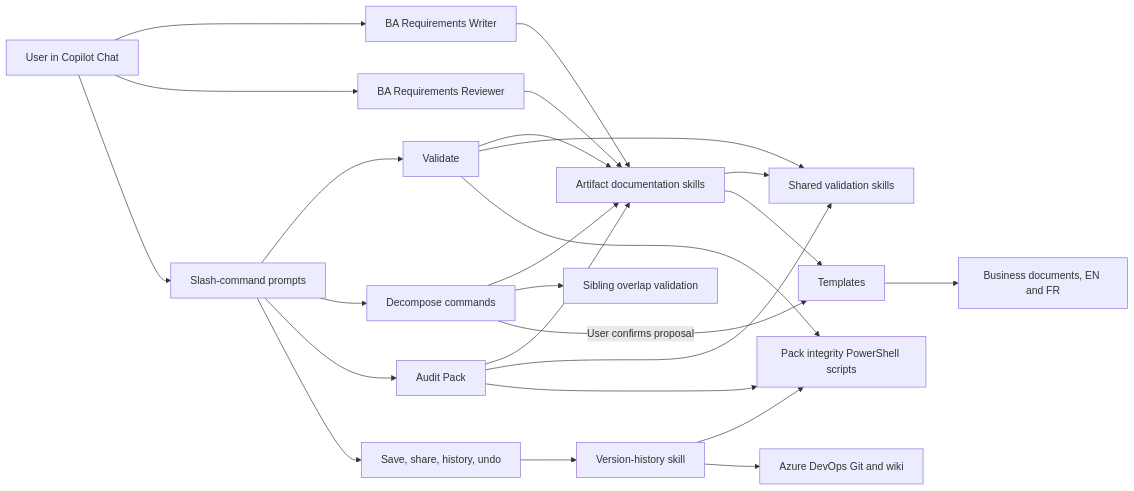
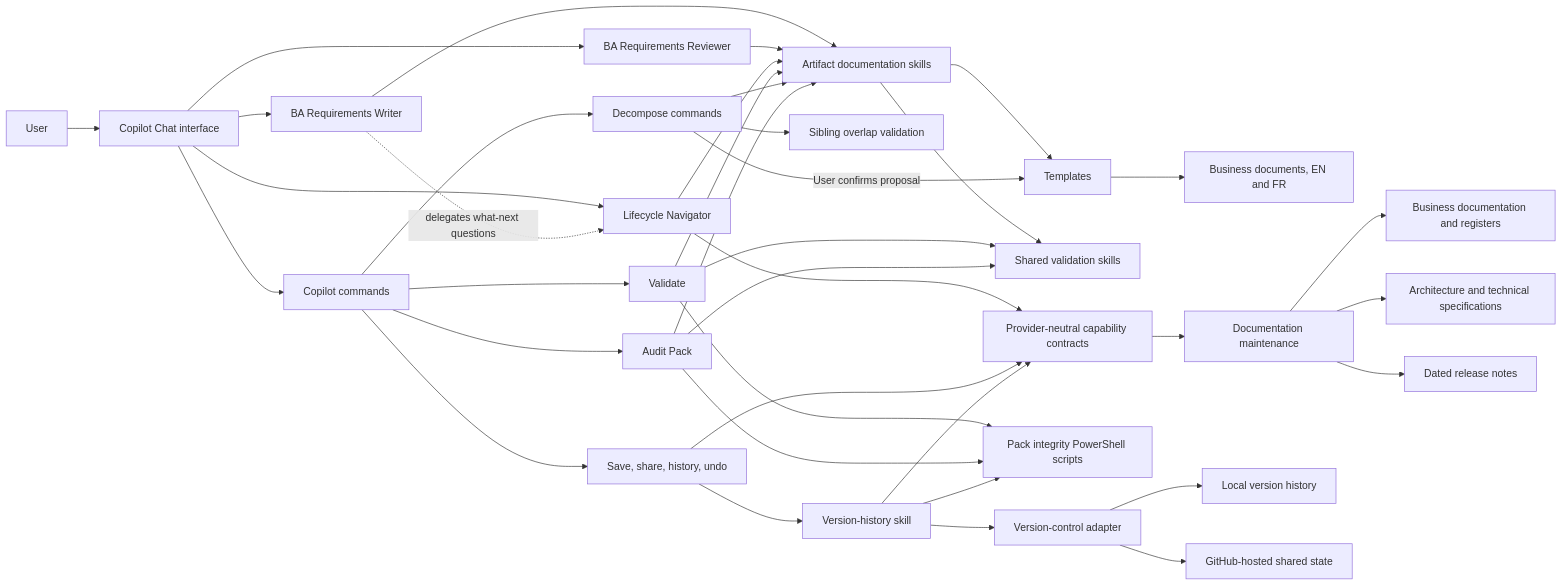
Before and after one commit to mbittner/project-kit: the diagram in docs/technical/solution-architecture.md, drawn with Mermaid. The commit also changed other lines of this file and 16 other files, not shown here.

First line of the commit message:
Add lifecycle guidance and documentation workflows

````diff
--- a/docs/technical/solution-architecture.md
+++ b/docs/technical/solution-architecture.md
@@ -7,30 +8,43 @@
 ```mermaid
 flowchart LR
-    User[User in Copilot Chat] --> Writer[BA Requirements Writer]
-    User --> Reviewer[BA Requirements Reviewer]
-    User --> Commands[Slash-command prompts]
+    User[User] --> CopilotInterface[Copilot Chat interface]
+    CopilotInterface --> Writer[BA Requirements Writer]
+    CopilotInterface --> Reviewer[BA Requirements Reviewer]
+    CopilotInterface --> Navigator[Lifecycle Navigator]
+    CopilotInterface --> Commands[Copilot commands]
 
     Writer --> ArtifactSkills[Artifact documentation skills]
+    Writer -. delegates what-next questions .-> Navigator
     Reviewer --> ArtifactSkills
+    Navigator --> CapabilityContracts
+    Navigator --> ArtifactSkills
     ArtifactSkills --> SharedSkills[Shared validation skills]
     ArtifactSkills --> Templates[Templates]
     Templates --> Artifacts[Business documents, EN and FR]
 
     Commands --> Validate[Validate]
     Commands --> Decompose[Decompose commands]
     Commands --> Audit[Audit Pack]
     Commands --> VersionCommands[Save, share, history, undo]
+    VersionCommands --> CapabilityContracts[Provider-neutral capability contracts]
+    CapabilityContracts --> DocumentationMaintenance[Documentation maintenance]
+    DocumentationMaintenance --> BusinessDocs[Business documentation and registers]
+    DocumentationMaintenance --> TechnicalDocs[Architecture and technical specifications]
+    DocumentationMaintenance --> ReleaseNotes[Dated release notes]
 
     Validate --> ArtifactSkills
     Validate --> SharedSkills
     Validate --> Scripts[Pack integrity PowerShell scripts]
     Decompose --> ArtifactSkills
     Decompose --> Overlap[Sibling overlap validation]
     Decompose -->|User confirms proposal| Templates
     Audit --> ArtifactSkills
     Audit --> SharedSkills
     Audit --> Scripts
     VersionCommands --> VersionHistory[Version-history skill]
+    VersionHistory --> StateAdapter[Version-control adapter]
+    VersionHistory --> CapabilityContracts
     VersionHistory --> Scripts
-    VersionHistory --> AzureDevOps[Azure DevOps Git and wiki]
+    StateAdapter --> LocalHistory[Local version history]
+    StateAdapter --> SharedState[GitHub-hosted shared state]
 ```
````
